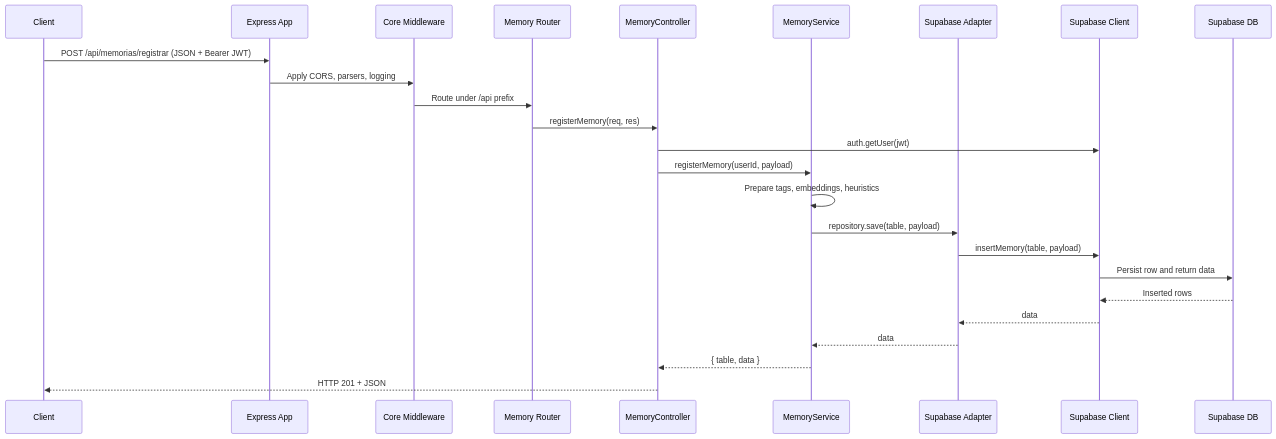
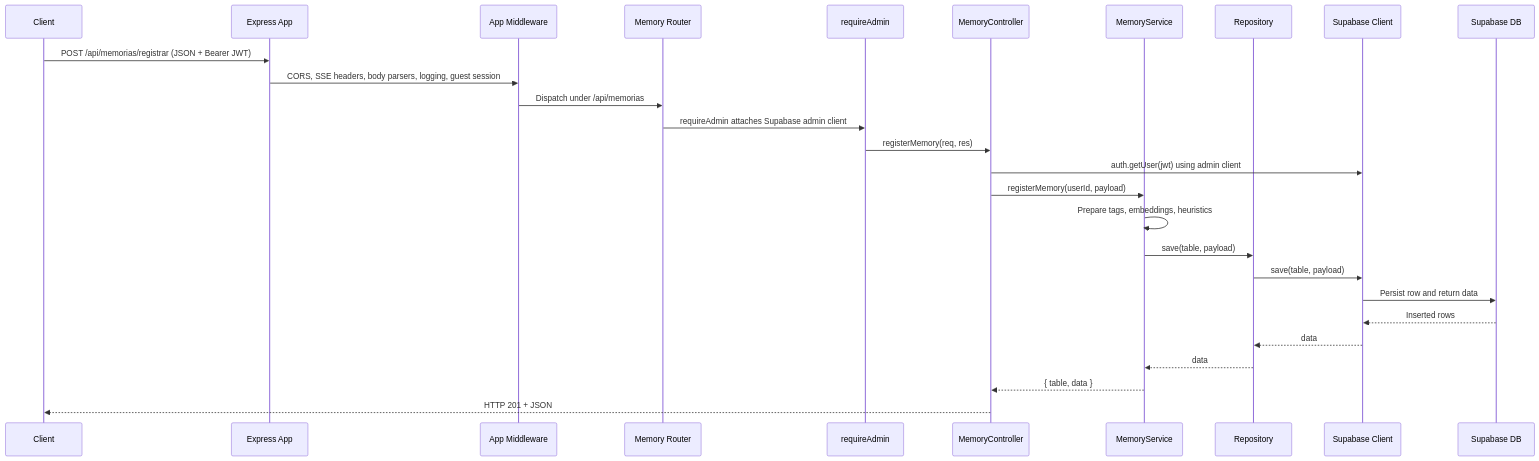
The first of 2 diagrams in docs/request-flow.md (Bigajax/ecobackend888), drawn with Mermaid before and after one commit. The commit also changed other lines of this file and 9 other files, not shown here.

Commit message:
Align memory persistence with admin guard

````diff
--- a/docs/request-flow.md
+++ b/docs/request-flow.md
@@ -7,28 +7,30 @@
 ```mermaid
 sequenceDiagram
     participant Client
     participant Express as Express App
-    participant Middleware as Core Middleware
+    participant PreRouter as App Middleware
     participant Router as Memory Router
+    participant AdminMW as requireAdmin
     participant Controller as MemoryController
     participant Service as MemoryService
-    participant Adapter as Supabase Adapter
+    participant Repository
     participant Supabase as Supabase Client
     participant Database as Supabase DB
 
     Client->>Express: POST /api/memorias/registrar (JSON + Bearer JWT)
-    Express->>Middleware: Apply CORS, parsers, logging
-    Middleware->>Router: Route under /api prefix
-    Router->>Controller: registerMemory(req, res)
-    Controller->>Supabase: auth.getUser(jwt)
+    Express->>PreRouter: CORS, SSE headers, body parsers, logging, guest session
+    PreRouter->>Router: Dispatch under /api/memorias
+    Router->>AdminMW: requireAdmin attaches Supabase admin client
+    AdminMW->>Controller: registerMemory(req, res)
+    Controller->>Supabase: auth.getUser(jwt) using admin client
     Controller->>Service: registerMemory(userId, payload)
     Service->>Service: Prepare tags, embeddings, heuristics
-    Service->>Adapter: repository.save(table, payload)
-    Adapter->>Supabase: insertMemory(table, payload)
+    Service->>Repository: save(table, payload)
+    Repository->>Supabase: save(table, payload)
     Supabase->>Database: Persist row and return data
     Database-->>Supabase: Inserted rows
-    Supabase-->>Adapter: data
-    Adapter-->>Service: data
+    Supabase-->>Repository: data
+    Repository-->>Service: data
     Service-->>Controller: { table, data }
     Controller-->>Client: HTTP 201 + JSON
 ```
````
